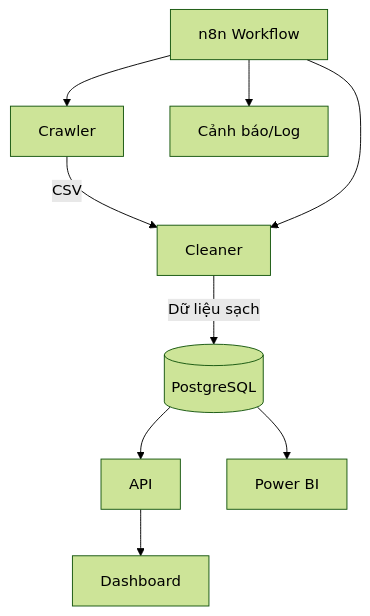
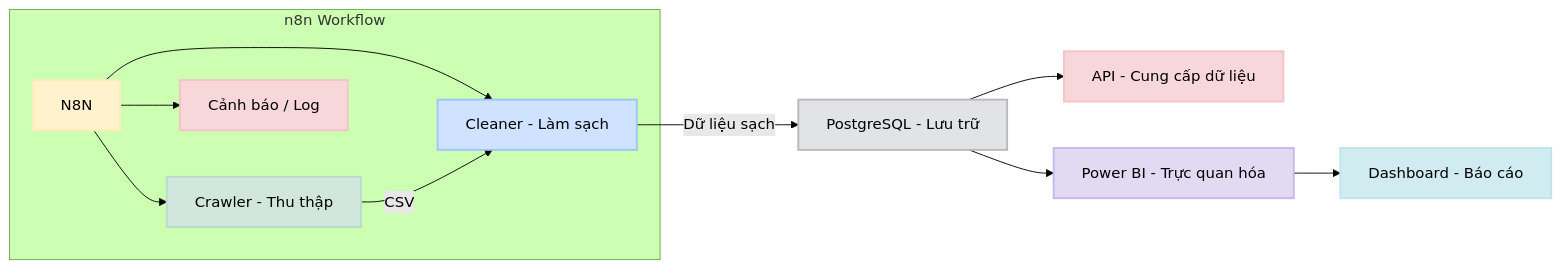
One commit to SeikoP/Vietnam-Environmental-Data changed the diagram in README.md. Above: the diagram before and after it, drawn with Mermaid (forest theme).

````diff
--- a/README.md
+++ b/README.md
@@ -12,11 +12,25 @@
 ```mermaid
-flowchart TD
-    N8N[n8n Workflow] --> CRAWLER["Crawler"]
-    CRAWLER -->|"CSV"| CLEANER["Cleaner"]
-    CLEANER -->|"Dữ liệu sạch"| DB[(PostgreSQL)]
-    N8N --> CLEANER
-    DB --> API["API"]
-    DB --> POWERBI["Power BI"]
-    API --> DASH["Dashboard"]
-    N8N --> ALERT["Cảnh báo/Log"]
+flowchart LR
+    subgraph A[n8n Workflow]
+        N8N[N8N]
+        N8N --> CRAWLER[Crawler - Thu thập]
+        N8N --> CLEANER[Cleaner - Làm sạch]
+        N8N --> ALERT[Cảnh báo / Log]
+    end
+
+    CRAWLER -->|"CSV"| CLEANER
+    CLEANER -->|"Dữ liệu sạch"| DB[PostgreSQL - Lưu trữ]
+
+    DB --> API[API - Cung cấp dữ liệu]
+    DB --> POWERBI[Power BI - Trực quan hóa]
+    POWERBI --> DASH[Dashboard - Báo cáo]
+
+    style N8N fill:#fff3cd,stroke:#ffecb5,stroke-width:2px
+    style CRAWLER fill:#d1e7dd,stroke:#badbcc,stroke-width:2px
+    style CLEANER fill:#cfe2ff,stroke:#9ec5fe,stroke-width:2px
+    style DB fill:#e2e3e5,stroke:#b6b8ba,stroke-width:2px
+    style API fill:#f8d7da,stroke:#f5c2c7,stroke-width:2px
+    style POWERBI fill:#e2d9f3,stroke:#c9b6ec,stroke-width:2px
+    style DASH fill:#d1ecf1,stroke:#bee5eb,stroke-width:2px
+    style ALERT fill:#f8d7da,stroke:#f5c2c7,stroke-width:2px
 ```
````
